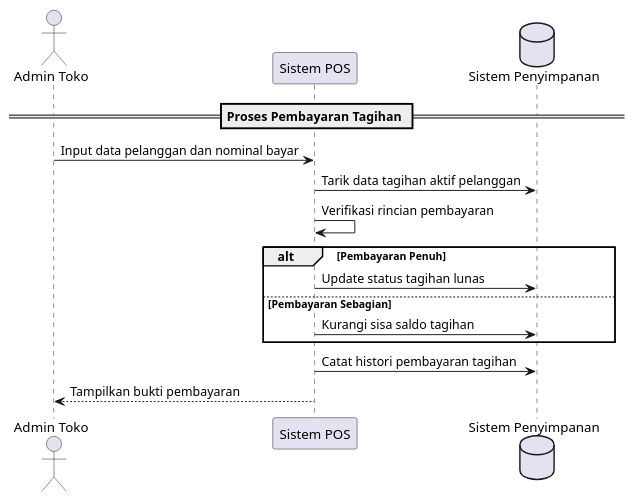
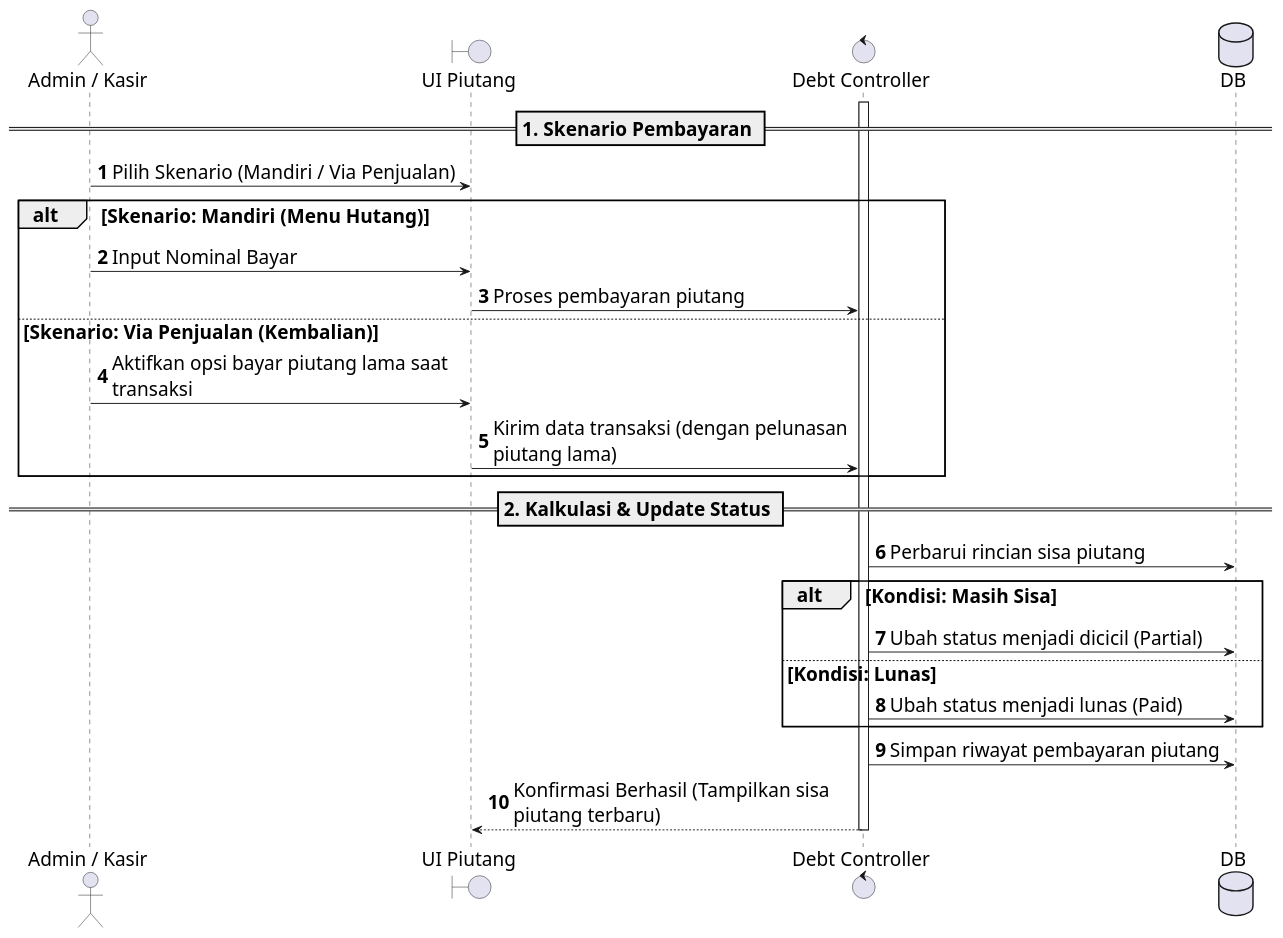
Before and after one commit to Aditiarzky/pos-app: the diagram in docs/uml-sequence-debt.puml, drawn with PlantUML. The commit also changed 75 other files, not shown here.

```diff
--- a/docs/uml-sequence-debt.puml
+++ b/docs/uml-sequence-debt.puml
@@ -1,19 +1,37 @@
 @startuml
-actor "Admin Toko" as Admin
-participant "Sistem POS" as App
-database "Sistem Penyimpanan" as DB
+autonumber
 
-== Proses Pembayaran Tagihan ==
-Admin -> App: Input data pelanggan dan nominal bayar
-App -> DB: Tarik data tagihan aktif pelanggan
-App -> App: Verifikasi rincian pembayaran
+skinparam BoxPadding 10
+skinparam ParticipantPadding 10
+skinparam defaultFontSize 20
+skinparam maxMessageSize 400
 
-alt Pembayaran Penuh
-  App -> DB: Update status tagihan lunas
-else Pembayaran Sebagian
-  App -> DB: Kurangi sisa saldo tagihan
+actor "Admin / Kasir" as Admin
+boundary "UI Piutang" as UI
+control "Debt Controller" as Controller
+database "DB" as DB
+
+== 1. Skenario Pembayaran ==
+Admin -> UI : Pilih Skenario (Mandiri / Via Penjualan)
+
+alt Skenario: Mandiri (Menu Hutang)
+    Admin -> UI : Input Nominal Bayar
+    UI -> Controller : Proses pembayaran piutang
+else Skenario: Via Penjualan (Kembalian)
+    Admin -> UI : Aktifkan opsi bayar piutang lama saat transaksi
+    UI -> Controller : Kirim data transaksi (dengan pelunasan piutang lama)
 end
 
-App -> DB: Catat histori pembayaran tagihan
-App --> Admin: Tampilkan bukti pembayaran
+== 2. Kalkulasi & Update Status ==
+activate Controller
+Controller -> DB : Perbarui rincian sisa piutang
+alt Kondisi: Masih Sisa
+    Controller -> DB : Ubah status menjadi dicicil (Partial)
+else Kondisi: Lunas
+    Controller -> DB : Ubah status menjadi lunas (Paid)
+end
+
+Controller -> DB : Simpan riwayat pembayaran piutang
+Controller --> UI : Konfirmasi Berhasil (Tampilkan sisa piutang terbaru)
+deactivate Controller
 @enduml
```
